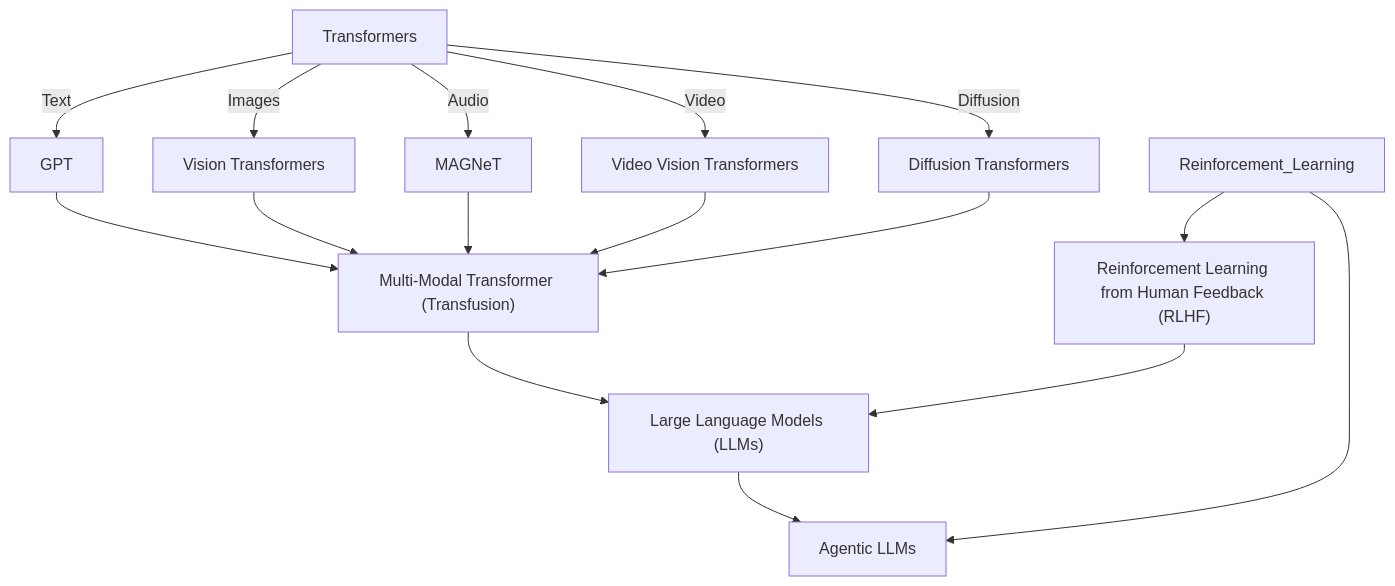
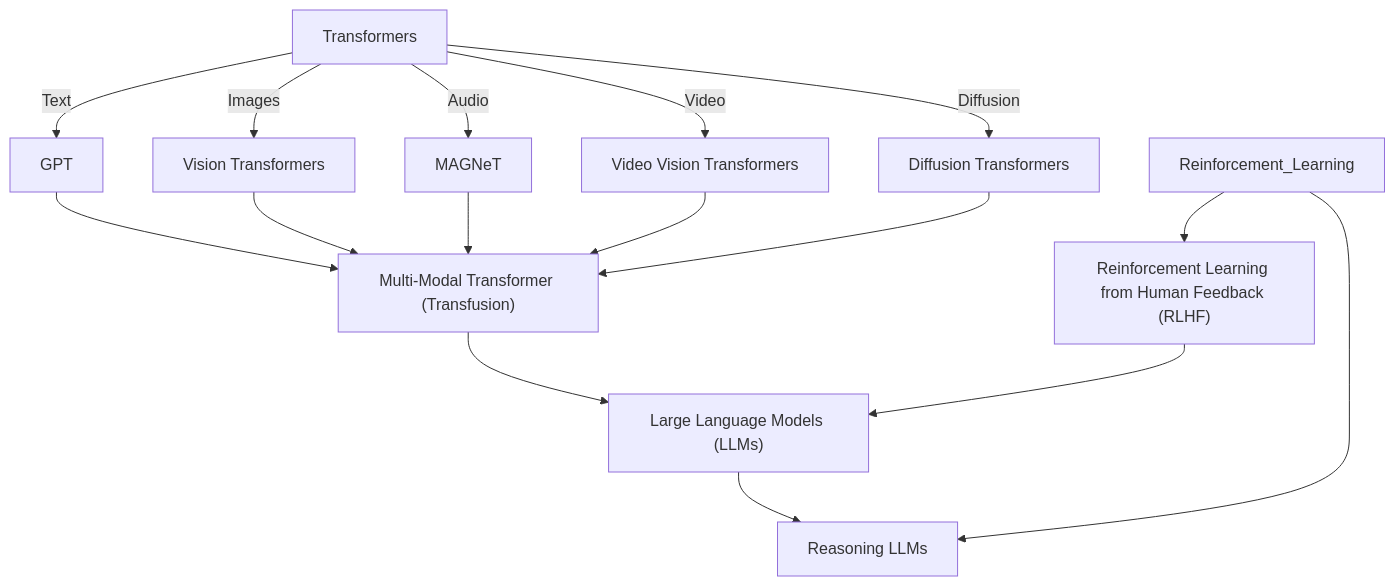
One commit to VachanVY/VachanVY changed the diagram in README.md. Above: the diagram before and after it, drawn with Mermaid.

````diff
--- a/README.md
+++ b/README.md
@@ -32,22 +32,22 @@
 ```mermaid
 graph TD;
     Transformers -->|Text| GPT;
     Transformers -->|Images| Vision_Transformers["Vision Transformers"];
     Transformers -->|Audio| MAGNeT["MAGNeT"];
     Transformers --> |Video| Video_Vision_Transformers["Video Vision Transformers"];
     Transformers -->|Diffusion| Diffusion_Transformers["Diffusion Transformers"];
 
     GPT --> Multi_Modal_Transformers["Multi-Modal Transformer (Transfusion)"];
     Vision_Transformers --> Multi_Modal_Transformers;
     MAGNeT --> Multi_Modal_Transformers;
     Video_Vision_Transformers --> Multi_Modal_Transformers;
     Diffusion_Transformers --> Multi_Modal_Transformers;
 
     Multi_Modal_Transformers --> LLMs["Large Language Models (LLMs)"];
     RLHF["Reinforcement Learning from Human Feedback (RLHF)"] --> LLMs;
 
     Reinforcement_Learning --> RLHF;
 
-    LLMs --> Agentic_LLMs["Agentic LLMs"];
-    Reinforcement_Learning --> Agentic_LLMs;
+    LLMs --> Reasoning_LLMs["Reasoning LLMs"];
+    Reinforcement_Learning --> Reasoning_LLMs;
 ```
````
